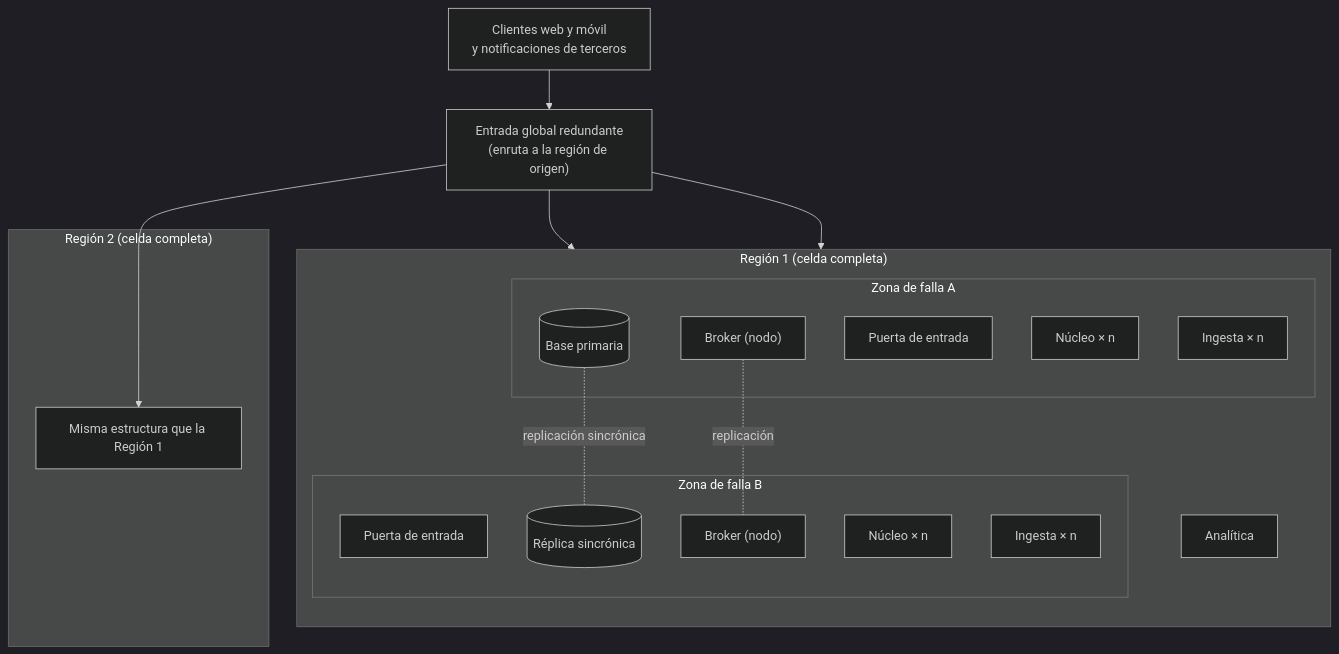
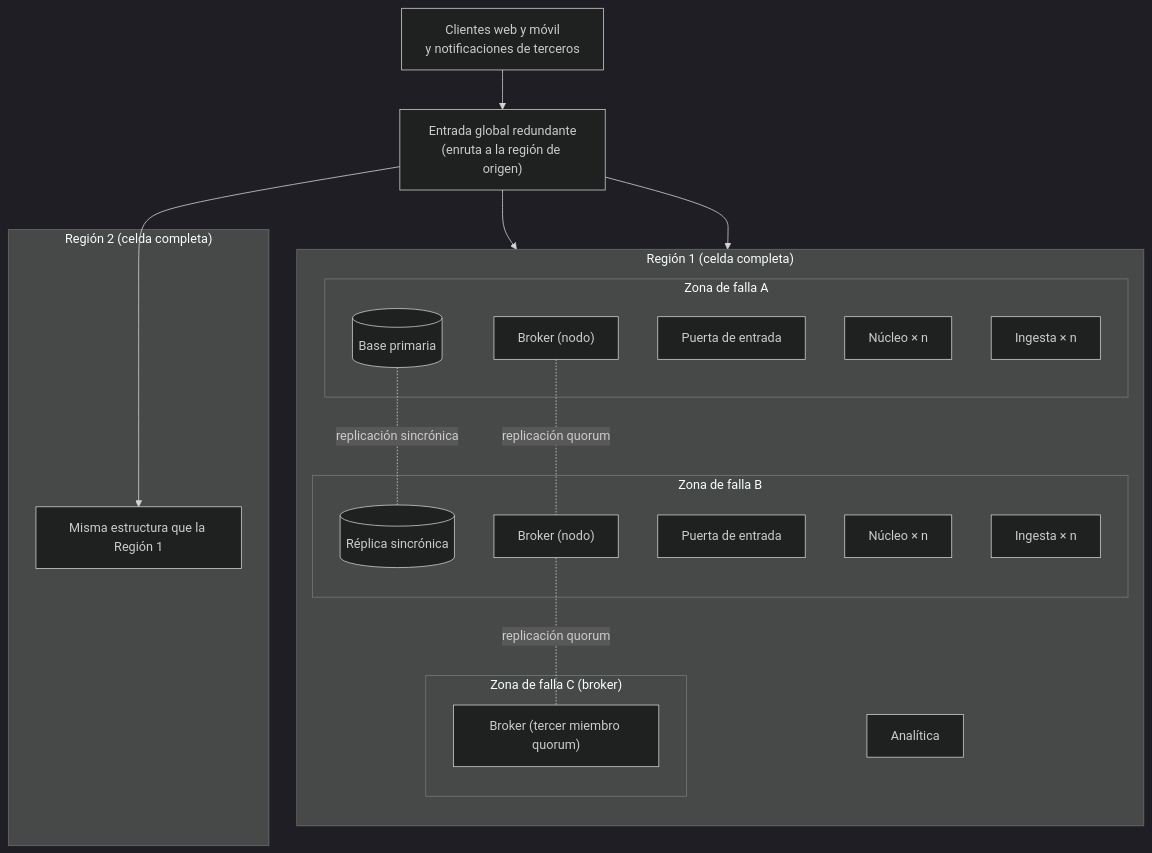
The diagram in trotamundos/docs/02-views/deployment-view.md (TadeoBrun1/TPE_software), drawn with Mermaid (dark theme) before and after one commit. The commit also changed other lines of this file and 25 other files, not shown here.

````diff
--- a/trotamundos/docs/02-views/deployment-view.md
+++ b/trotamundos/docs/02-views/deployment-view.md
@@ -14,33 +14,37 @@
 ```mermaid
 flowchart TB
     U["Clientes web y móvil<br/>y notificaciones de terceros"] --> E["Entrada global redundante<br/>(enruta a la región de origen)"]
 
     subgraph R1["Región 1 (celda completa)"]
         direction TB
         subgraph Z1["Zona de falla A"]
             G1["Puerta de entrada"]
             N1["Núcleo × n"]
             I1["Ingesta × n"]
             B1["Broker (nodo)"]
             D1[("Base primaria")]
         end
         subgraph Z2["Zona de falla B"]
             G2["Puerta de entrada"]
             N2["Núcleo × n"]
             I2["Ingesta × n"]
             B2["Broker (nodo)"]
             D2[("Réplica sincrónica")]
         end
+        subgraph Z3["Zona de falla C (broker)"]
+            B3["Broker (tercer miembro quorum)"]
+        end
         A1["Analítica"]
         D1 -. "replicación sincrónica" .- D2
-        B1 -. "replicación" .- B2
+        B1 -. "replicación quorum" .- B2
+        B2 -. "replicación quorum" .- B3
     end
 
     subgraph R2["Región 2 (celda completa)"]
         X2["Misma estructura que la Región 1"]
     end
 
     E --> G1
     E --> G2
     E --> X2
 ```
````
